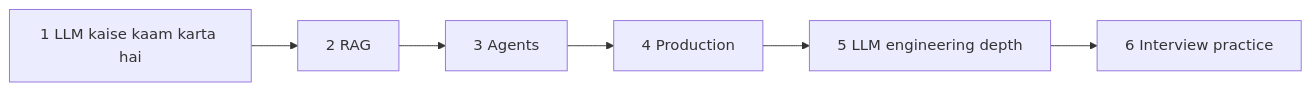
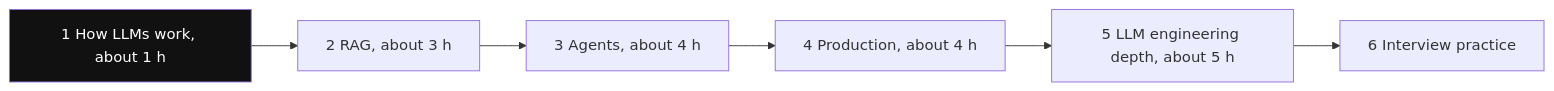
One commit to flow6979/viewinter changed the second of 2 diagrams in content/11-agentic/00-start-here.md. Above: the diagram before and after it, drawn with Mermaid. The commit also changed other lines of this file and 85 other files, not shown here.

First line of the commit message:
AI + RAG content: add diagrams across every page (196 -> 513)

````diff
--- a/content/11-agentic/00-start-here.md
+++ b/content/11-agentic/00-start-here.md
@@ -30,8 +42,10 @@
 ```mermaid
 flowchart LR
-    S1["1 LLM kaise kaam karta hai"] --> S2["2 RAG"]
-    S2 --> S3["3 Agents"]
-    S3 --> S4["4 Production"]
-    S4 --> S5["5 LLM engineering depth"]
+    S1["1 How LLMs work, about 1 h"]:::hot --> S2["2 RAG, about 3 h"]
+    S2 --> S3["3 Agents, about 4 h"]
+    S3 --> S4["4 Production, about 4 h"]
+    S4 --> S5["5 LLM engineering depth, about 5 h"]
     S5 --> S6["6 Interview practice"]
+    classDef hot fill:#111,color:#fff
+    classDef dim fill:#fff
 ```
````
